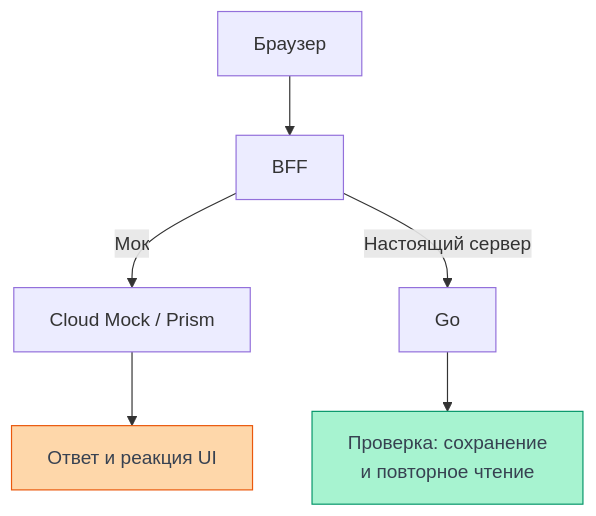
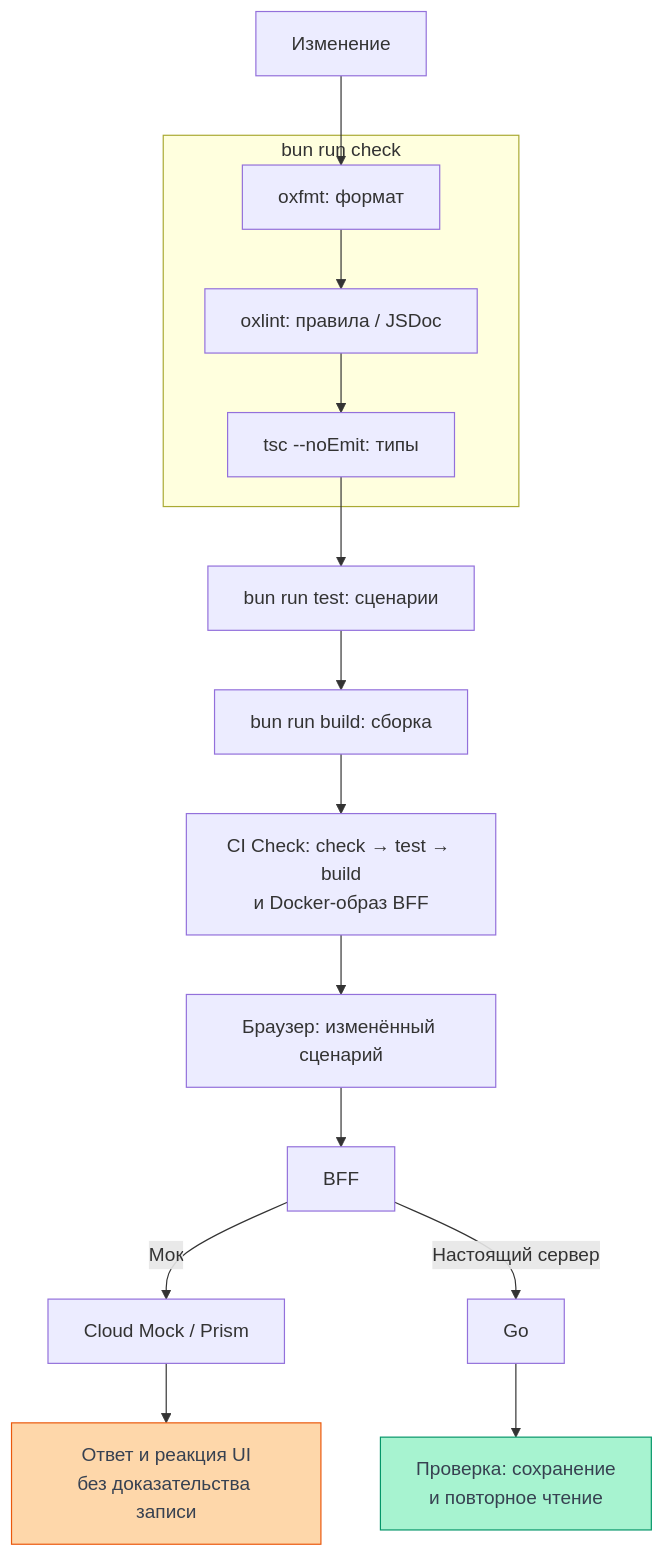
The diagram in site/documentation/frontend/checks.md (Cringe-Driven-Development-Team/docs), drawn with Mermaid before and after one commit. The commit also changed other lines of this file and 6 other files, not shown here.

Commit message:
docs(frontend): дополнены связи пяти учебных схем

````diff
--- a/site/documentation/frontend/checks.md
+++ b/site/documentation/frontend/checks.md
@@ -91,13 +32,22 @@
 ```mermaid
-%% Flowchart: контрактный ответ мока и настоящее сохранение требуют разных проверок.
+%% Flowchart: путь изменения через команды; границы check, CI и свидетельства записи различаются.
 flowchart TD
-    client["Браузер"] --> bff["BFF"]
+    change["Изменение"] --> format
+    subgraph localCheck["bun run check"]
+        format["oxfmt: формат"] --> lint["oxlint: правила / JSDoc"]
+        lint --> types["tsc --noEmit: типы"]
+    end
+    types --> tests["bun run test: сценарии"]
+    tests --> build["bun run build: сборка"]
+    build --> ci["CI Check: check → test → build<br/>и Docker-образ BFF"]
+    ci --> client["Браузер: изменённый сценарий"]
+    client --> bff["BFF"]
     bff -->|"Мок"| mock["Cloud Mock / Prism"]
-    mock --> ui["Ответ и реакция UI"]
+    mock --> ui["Ответ и реакция UI<br/>без доказательства записи"]
     bff -->|"Настоящий сервер"| go["Go"]
     go --> persistence["Проверка: сохранение<br/>и повторное чтение"]
     classDef limited fill:#fed7aa,stroke:#ea580c,color:#374151
     classDef evidence fill:#a7f3d0,stroke:#059669,color:#374151
     class ui limited
     class persistence evidence
 ```
````
